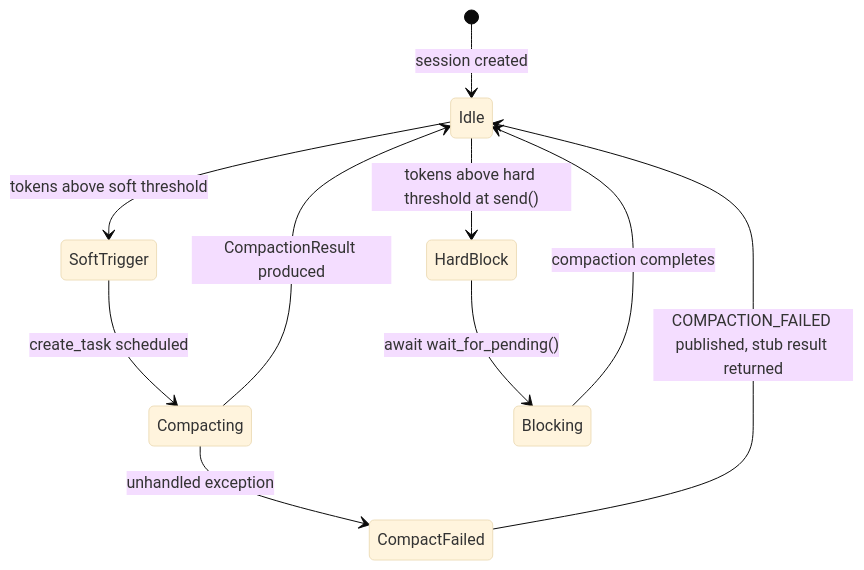
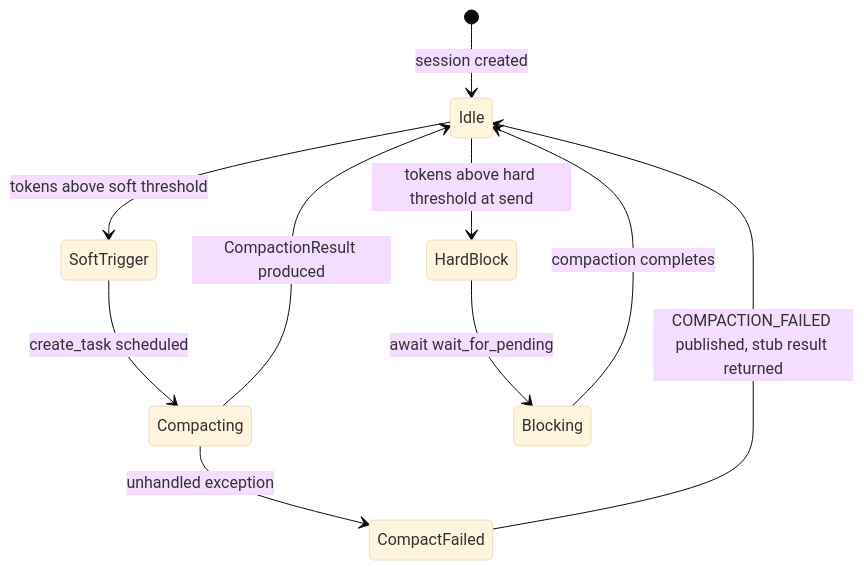
One commit to Lucenor/mnesis changed the third of 3 diagrams in docs/architecture.md. Above: the diagram before and after it, drawn with Mermaid (base theme). The commit also changed other lines of this file and 2 other files, not shown here.

First paragraph of the commit message:
docs: fix state diagram syntax and Mermaid refresh race condition (#49)
* docs: fix state diagram syntax and Mermaid refresh race condition

````diff
--- a/docs/architecture.md
+++ b/docs/architecture.md
@@ -293,15 +293,15 @@
 ```mermaid
 stateDiagram-v2
     [*] --> Idle : session created
 
     Idle --> SoftTrigger : tokens above soft threshold
     SoftTrigger --> Compacting : create_task scheduled
     Compacting --> Idle : CompactionResult produced
 
-    Idle --> HardBlock : tokens above hard threshold at send()
-    HardBlock --> Blocking : await wait_for_pending()
+    Idle --> HardBlock : tokens above hard threshold at send
+    HardBlock --> Blocking : await wait_for_pending
     Blocking --> Idle : compaction completes
 
     Compacting --> CompactFailed : unhandled exception
     CompactFailed --> Idle : COMPACTION_FAILED published, stub result returned
 ```
````
